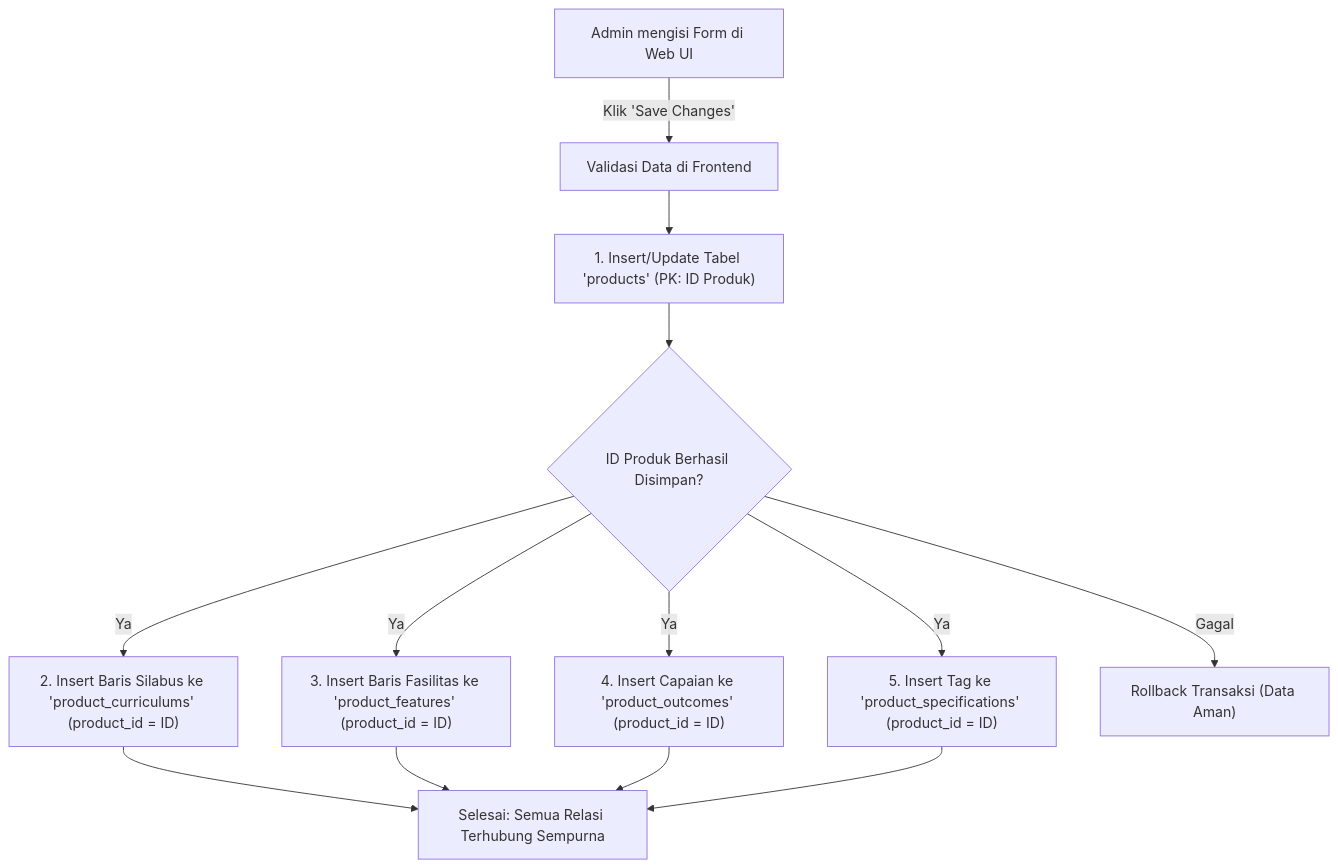
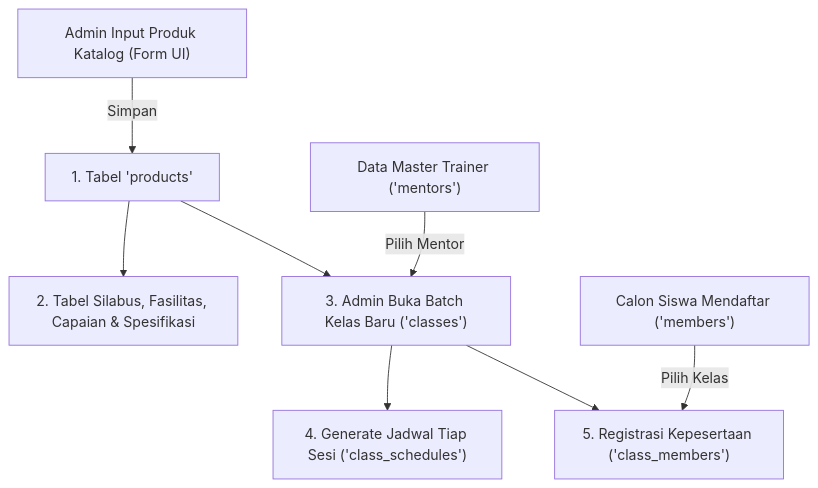
The second of 2 diagrams in docs/PRODUCT-DATABASE-MAPPING.md (dialogika/pilot), drawn with Mermaid before and after one commit. The commit also changed other lines of this file and 4 other files, not shown here.

````diff
--- a/docs/PRODUCT-DATABASE-MAPPING.md
+++ b/docs/PRODUCT-DATABASE-MAPPING.md
@@ -186,12 +332,10 @@
 ```mermaid
 flowchart TD
-    A["Admin mengisi Form di Web UI"] -->|Klik 'Save Changes'| B["Validasi Data di Frontend"]
-    B --> C["1. Insert/Update Tabel 'products' (PK: ID Produk)"]
-    C --> D{"ID Produk Berhasil Disimpan?"}
-    D -->|Ya| E["2. Insert Baris Silabus ke 'product_curriculums' (product_id = ID)"]
-    D -->|Ya| F["3. Insert Baris Fasilitas ke 'product_features' (product_id = ID)"]
-    D -->|Ya| G["4. Insert Capaian ke 'product_outcomes' (product_id = ID)"]
-    D -->|Ya| H["5. Insert Tag ke 'product_specifications' (product_id = ID)"]
-    D -->|Gagal| I["Rollback Transaksi (Data Aman)"]
-    E & F & G & H --> J["Selesai: Semua Relasi Terhubung Sempurna"]
+    A["Admin Input Produk Katalog (Form UI)"] -->|Simpan| B["1. Tabel 'products'"]
+    B --> C["2. Tabel Silabus, Fasilitas, Capaian & Spesifikasi"]
+    B --> D["3. Admin Buka Batch Kelas Baru ('classes')"]
+    M["Data Master Trainer ('mentors')"] -->|Pilih Mentor| D
+    D --> E["4. Generate Jadwal Tiap Sesi ('class_schedules')"]
+    MEM["Calon Siswa Mendaftar ('members')"] -->|Pilih Kelas| F["5. Registrasi Kepesertaan ('class_members')"]
+    D --> F
 ```
````
